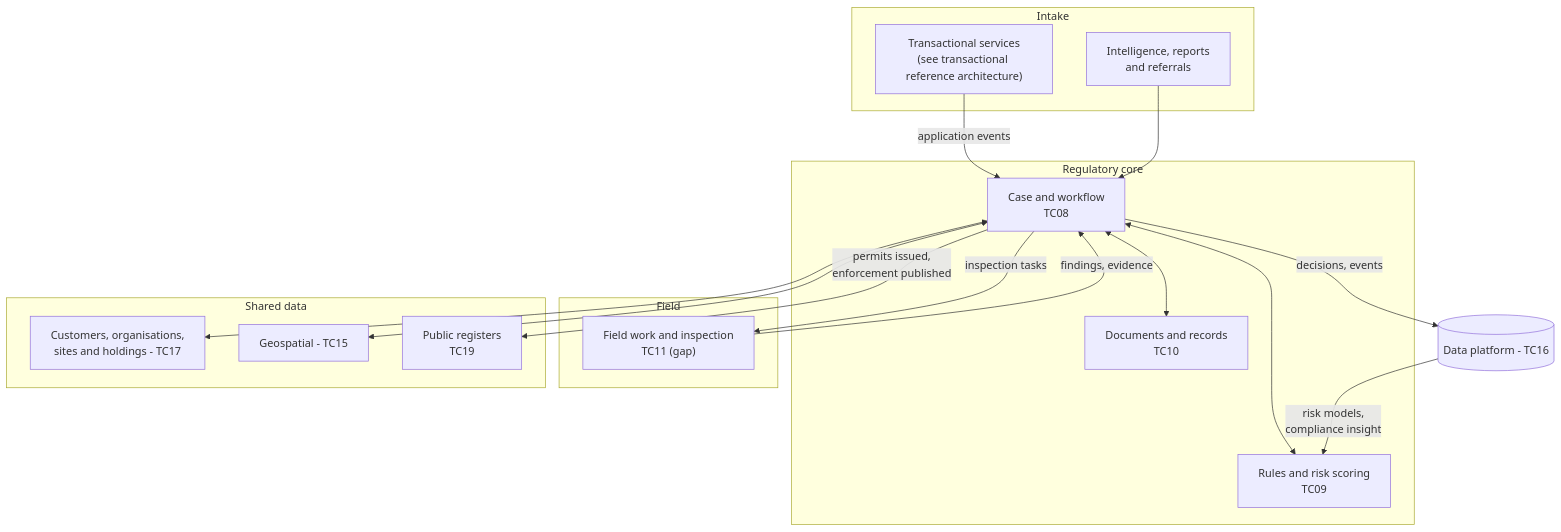
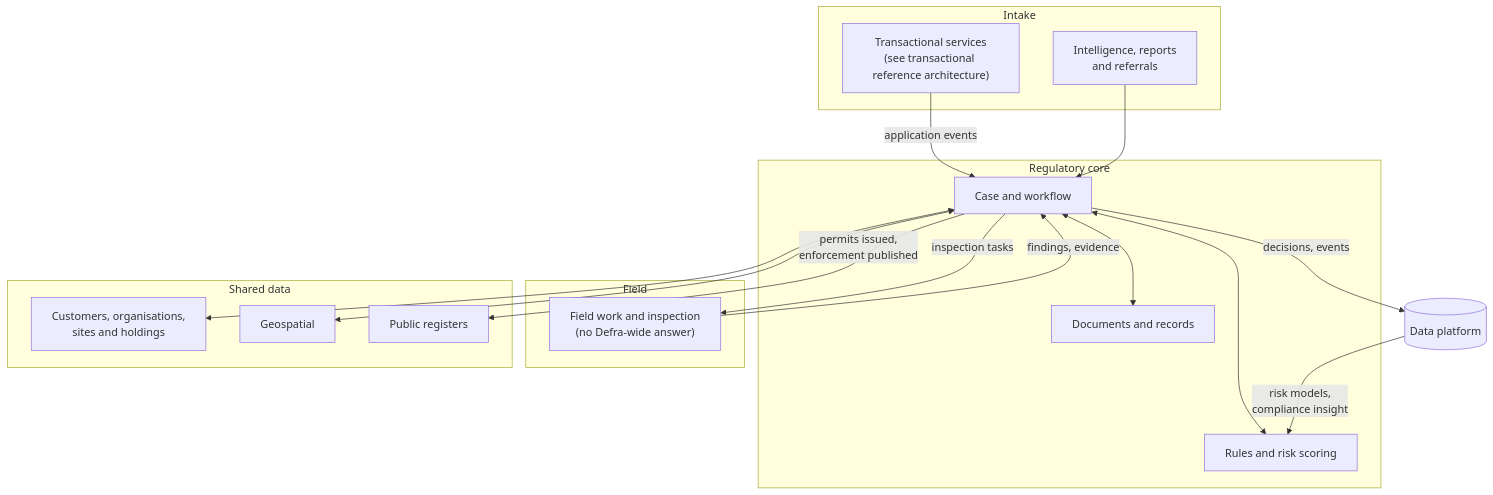
The diagram in docs/handrail/reference-architectures/regulatory-casework.md (DEFRA/architecture), drawn with Mermaid before and after one commit. The commit also changed other lines of this file and 33 other files, not shown here.

````diff
--- a/docs/handrail/reference-architectures/regulatory-casework.md
+++ b/docs/handrail/reference-architectures/regulatory-casework.md
@@ -13,37 +13,37 @@
 ```mermaid
 flowchart TB
     accTitle: Regulatory casework reference architecture
     accDescr: Intake from transactional services and intelligence feeds case and workflow management, which uses rules and risk scoring and documents and records, sends inspection tasks to field work, uses shared reference and geospatial data, publishes public registers and sends decisions to the data platform, which improves risk models.
     subgraph Intake["Intake"]
         TS["Transactional services<br/>(see transactional reference architecture)"]
         INT["Intelligence, reports<br/>and referrals"]
     end
 
     subgraph Core["Regulatory core"]
-        CASE["Case and workflow<br/>TC08"]
-        RULES["Rules and risk scoring<br/>TC09"]
-        DOCS["Documents and records<br/>TC10"]
+        CASE["Case and workflow"]
+        RULES["Rules and risk scoring"]
+        DOCS["Documents and records"]
     end
 
     subgraph Field["Field"]
-        INSP["Field work and inspection<br/>TC11 (gap)"]
+        INSP["Field work and inspection<br/>(no Defra-wide answer)"]
     end
 
     subgraph Shared["Shared data"]
-        REF["Customers, organisations,<br/>sites and holdings - TC17"]
-        GEO["Geospatial - TC15"]
-        REG["Public registers<br/>TC19"]
+        REF["Customers, organisations,<br/>sites and holdings"]
+        GEO["Geospatial"]
+        REG["Public registers"]
     end
 
     TS -->|"application events"| CASE
     INT --> CASE
     CASE <--> RULES
     CASE <--> DOCS
     CASE -->|"inspection tasks"| INSP
     INSP -->|"findings, evidence"| CASE
     CASE <--> REF
     CASE <--> GEO
     CASE -->|"permits issued,<br/>enforcement published"| REG
-    CASE -->|"decisions, events"| DP[("Data platform - TC16")]
+    CASE -->|"decisions, events"| DP[("Data platform")]
     DP -->|"risk models,<br/>compliance insight"| RULES
 ```
````
